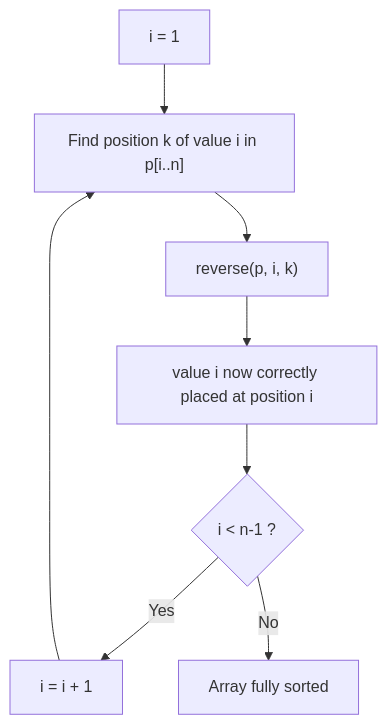
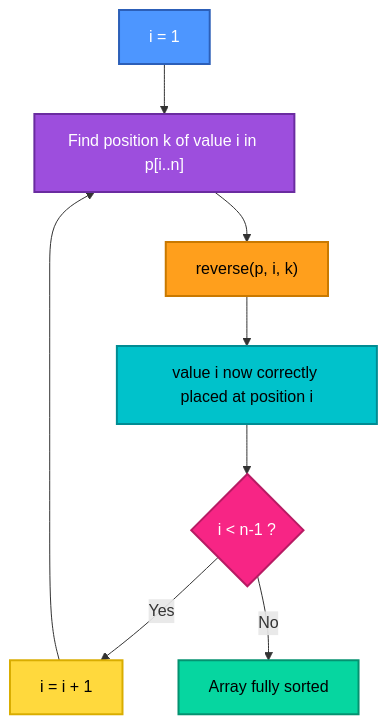
The sixth of 9 diagrams in Lab-06/README.md (routsarthakkumar-byte/DAA-Lab), drawn with Mermaid before and after one commit. The commit also changed other lines of this file and 1 other file, not shown here.

````diff
--- a/Lab-06/README.md
+++ b/Lab-06/README.md
@@ -171,10 +182,17 @@
 ```mermaid
 flowchart TD
     A["i = 1"] --> B["Find position k of value i in p[i..n]"]
     B --> C["reverse(p, i, k)"]
     C --> D["value i now correctly placed at position i"]
     D --> E{"i < n-1 ?"}
     E -->|Yes| F["i = i + 1"]
     F --> B
     E -->|No| G["Array fully sorted"]
+    style A fill:#4D96FF,color:#fff,stroke:#2c5fb8,stroke-width:2px
+    style B fill:#9D4EDD,color:#fff,stroke:#6a2ca0,stroke-width:2px
+    style C fill:#FF9F1C,color:#000,stroke:#c97900,stroke-width:2px
+    style D fill:#00C2CB,color:#000,stroke:#008c93,stroke-width:2px
+    style E fill:#F72585,color:#fff,stroke:#b81b64,stroke-width:2px
+    style F fill:#FFD93D,color:#000,stroke:#d9ad00,stroke-width:2px
+    style G fill:#06D6A0,color:#000,stroke:#049270,stroke-width:2px
 ```
````
